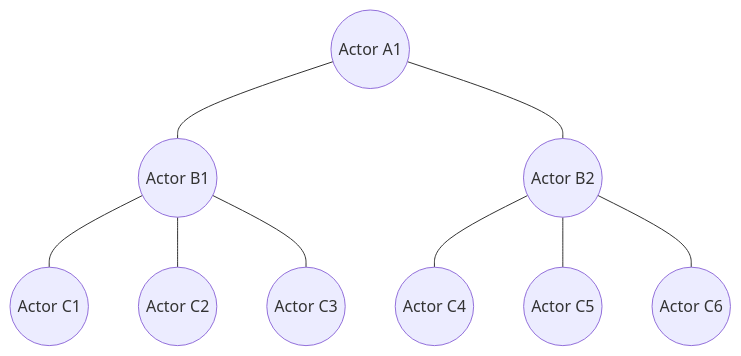
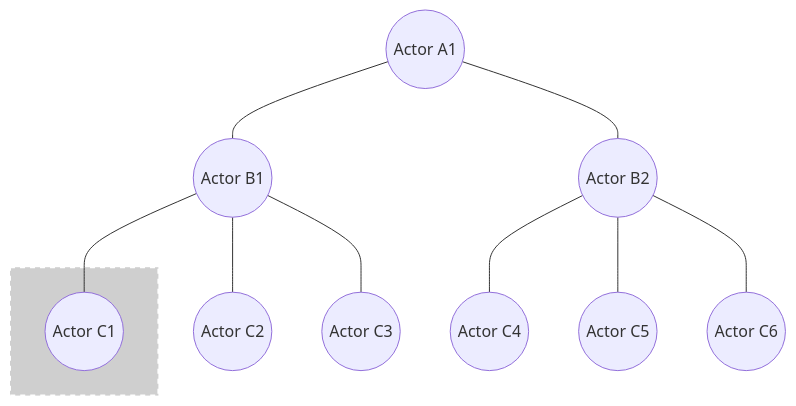
One commit to asynkron/protoactor-website changed the second of 3 diagrams in hugo/content/docs/supervision.md. Above: the diagram before and after it, drawn with Mermaid. The commit also changed other lines of this file, not shown here.

````diff
--- a/hugo/content/docs/supervision.md
+++ b/hugo/content/docs/supervision.md
@@ -110,40 +110,48 @@
 ```mermaid
   graph TD;
   A((Actor A1))
   B1((Actor B1))
   B2((Actor B2))
 
   C1((Actor C1))
   C2((Actor C2))
   C3((Actor C3))
 
   C4((Actor C4))
   C5((Actor C5))
   C6((Actor C6))
 
 
   class A blue
   class B1 yellow
   class B1 selected
   class B2 light-blue
 
   class C1 red
   class C1 selected
   class C2 light-blue
   class C3 light-blue
   class C4 light-blue
   class C5 light-blue
   class C6 light-blue
 
 
   A---B1
   A---B2
 
   B1---C1
   B1---C2
   B1---C3
 
+  subgraph g1[ ]
+  style g1 fill:#00000030, stroke-dasharray: 5, stroke: #ffffff, stroke-width:2px
+    C1
+  end
+    C2
+    C3
+
+
   B2---C4
   B2---C5
   B2---C6
 ```
````
